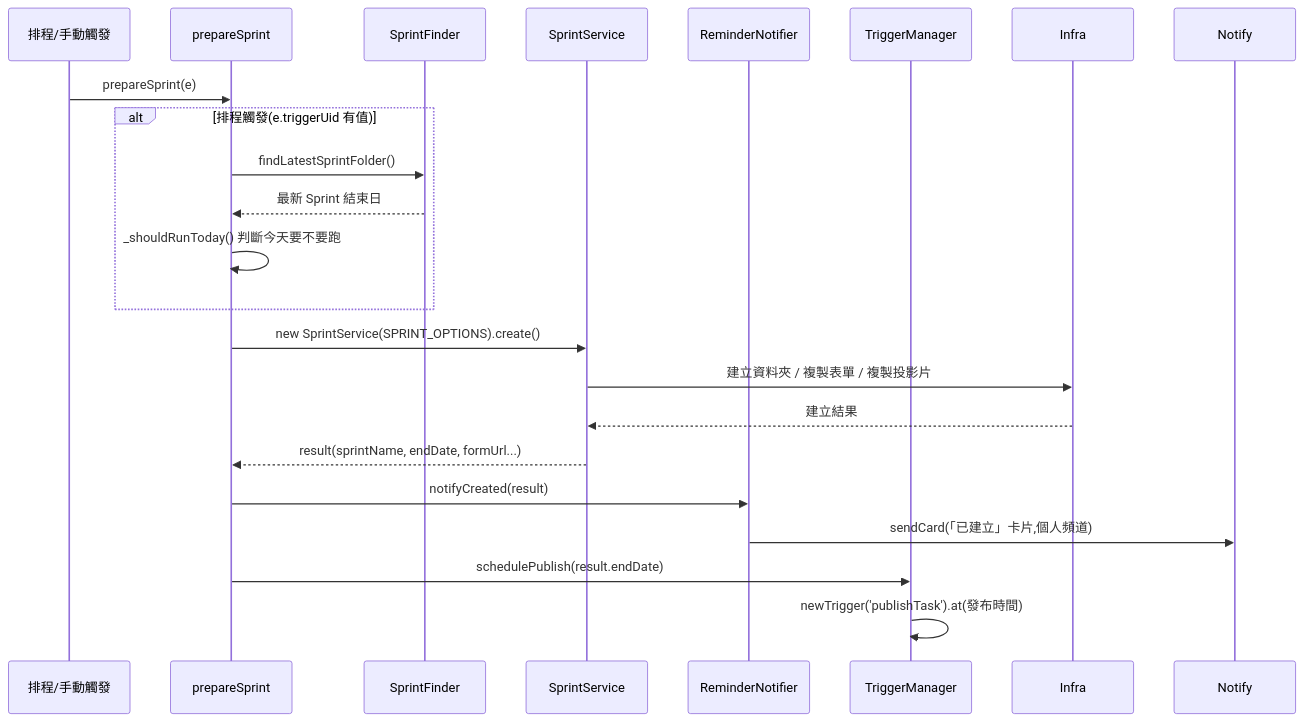
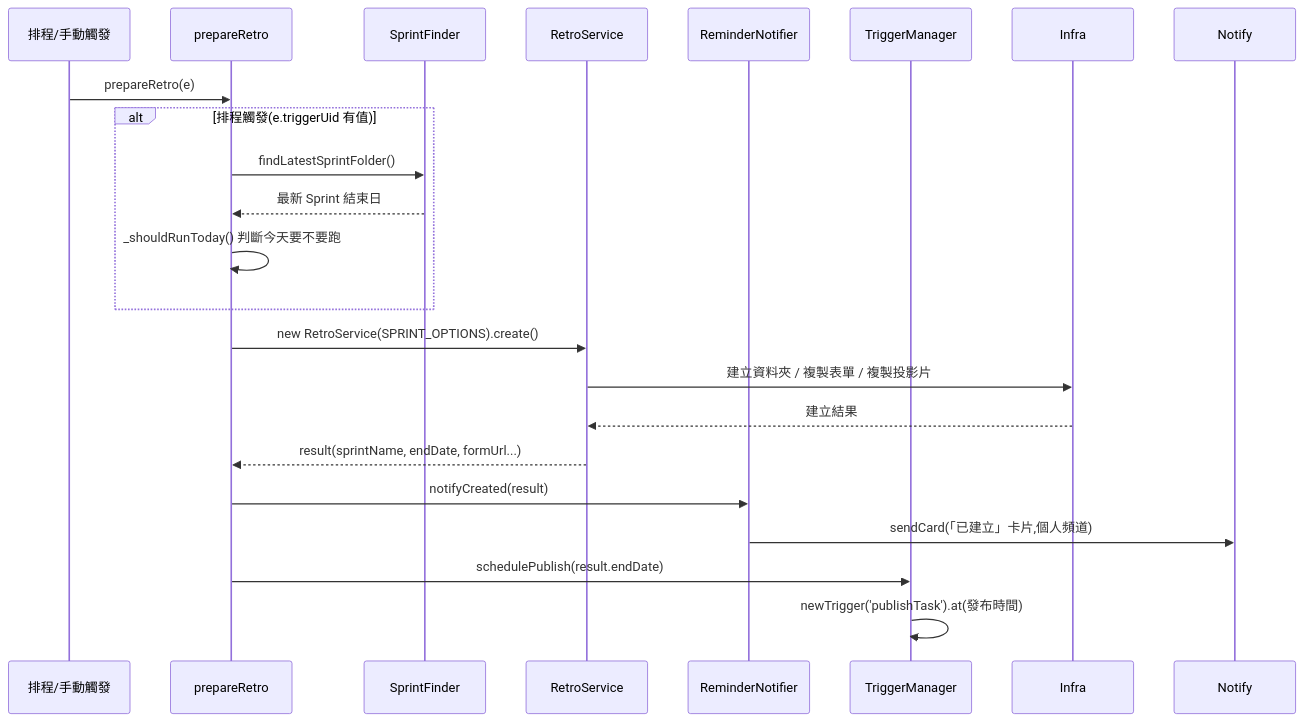
Before and after one commit to oceanTsai/team.manager: the second of 4 diagrams in me/taichi/f2e/scrum/retrospective/README.md, drawn with Mermaid. The commit also changed other lines of this file and 9 other files, not shown here.

First line of the commit message:
refactor(retrospective): 檔名改用 Retro,Sprint 只保留給真正處理時間單位的檔案

````diff
--- a/me/taichi/f2e/scrum/retrospective/README.md
+++ b/me/taichi/f2e/scrum/retrospective/README.md
@@ -44,26 +44,26 @@
 ```mermaid
 sequenceDiagram
     participant Trigger as 排程/手動觸發
-    participant PS as prepareSprint
+    participant PS as prepareRetro
     participant SF as SprintFinder
-    participant SS as SprintService
+    participant SS as RetroService
     participant RN as ReminderNotifier
     participant TM as TriggerManager
     participant Infra
     participant Notify
 
-    Trigger->>PS: prepareSprint(e)
+    Trigger->>PS: prepareRetro(e)
     alt 排程觸發(e.triggerUid 有值)
         PS->>SF: findLatestSprintFolder()
         SF-->>PS: 最新 Sprint 結束日
         PS->>PS: _shouldRunToday() 判斷今天要不要跑
     end
-    PS->>SS: new SprintService(SPRINT_OPTIONS).create()
+    PS->>SS: new RetroService(SPRINT_OPTIONS).create()
     SS->>Infra: 建立資料夾 / 複製表單 / 複製投影片
     Infra-->>SS: 建立結果
     SS-->>PS: result(sprintName, endDate, formUrl...)
     PS->>RN: notifyCreated(result)
     RN->>Notify: sendCard(「已建立」卡片,個人頻道)
     PS->>TM: schedulePublish(result.endDate)
     TM->>TM: newTrigger('publishTask').at(發布時間)
 ```
````
